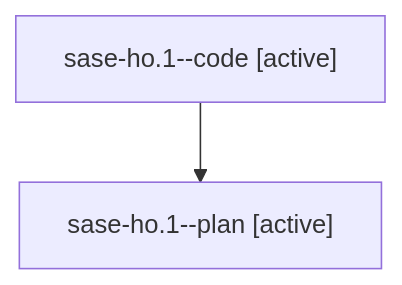
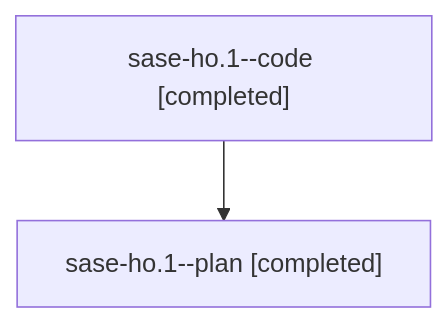
The diagram in families/bbugyi200.athena.sase-ho.1.md (sase-org/sase--agents), drawn with Mermaid before and after one commit. The commit also changed other lines of this file and 81 other files, not shown here.

````diff
--- a/families/bbugyi200.athena.sase-ho.1.md
+++ b/families/bbugyi200.athena.sase-ho.1.md
@@ -9,6 +9,6 @@
 ```mermaid
 flowchart TD
-  n0["sase-ho.1--code [active]"]
-  n1["sase-ho.1--plan [active]"]
+  n0["sase-ho.1--code [completed]"]
+  n1["sase-ho.1--plan [completed]"]
   n0 --> n1
 ```
````
